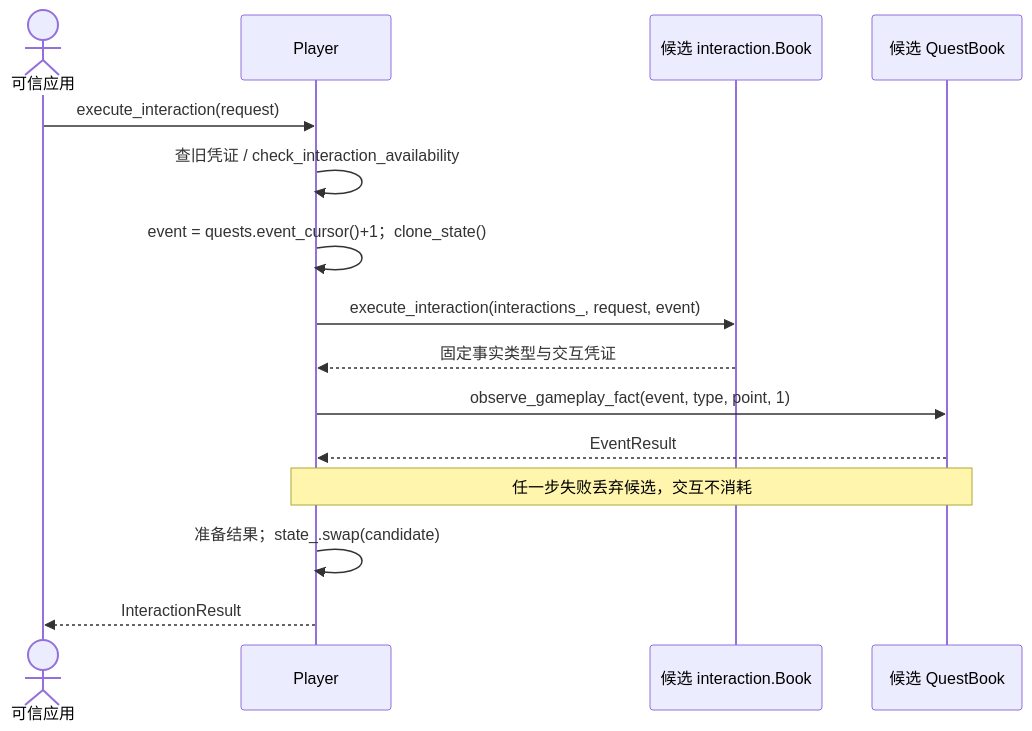
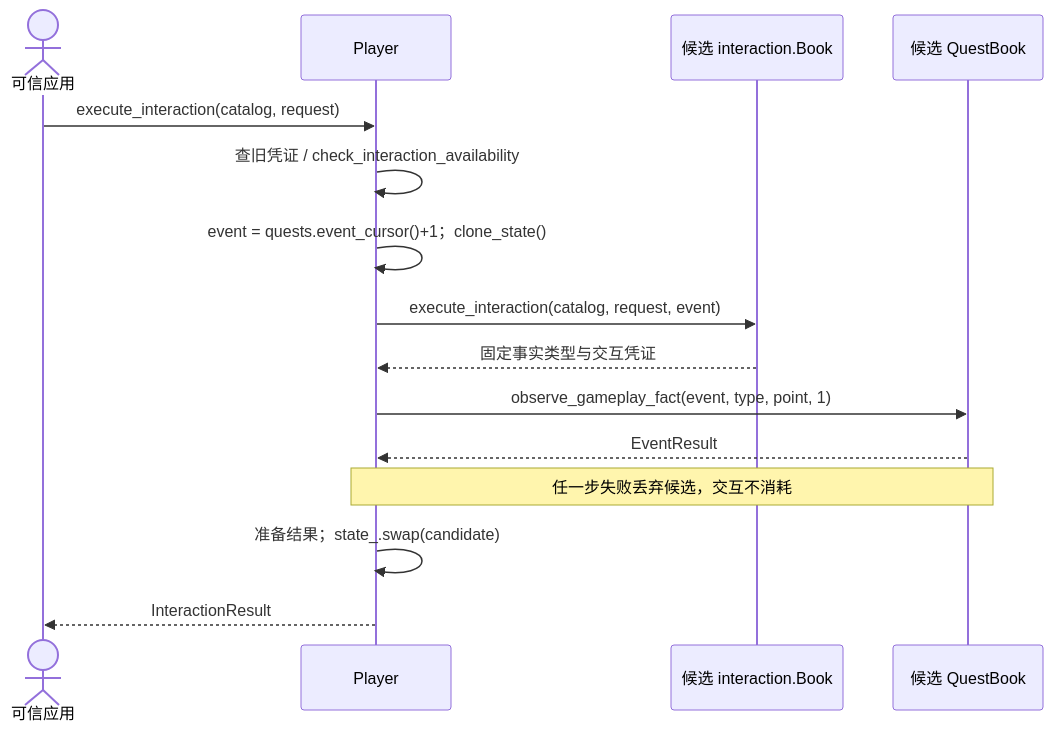
Before and after one commit to Cheems-life/game-systems-toolkit: the seventh of 8 diagrams in docs/architecture-details.md, drawn with Mermaid. The commit also changed other lines of this file and 31 other files, not shown here.

````diff
--- a/docs/architecture-details.md
+++ b/docs/architecture-details.md
@@ -408,17 +424,17 @@
 ```mermaid
 sequenceDiagram
     actor App as 可信应用
     participant P as Player
     participant B as 候选 interaction.Book
     participant Q as 候选 QuestBook
-    App->>P: execute_interaction(request)
+    App->>P: execute_interaction(catalog, request)
     P->>P: 查旧凭证 / check_interaction_availability
     P->>P: event = quests.event_cursor()+1；clone_state()
-    P->>B: execute_interaction(interactions_, request, event)
+    P->>B: execute_interaction(catalog, request, event)
     B-->>P: 固定事实类型与交互凭证
     P->>Q: observe_gameplay_fact(event, type, point, 1)
     Q-->>P: EventResult
     Note over P,Q: 任一步失败丢弃候选，交互不消耗
     P->>P: 准备结果；state_.swap(candidate)
     P-->>App: InteractionResult
 ```
````
